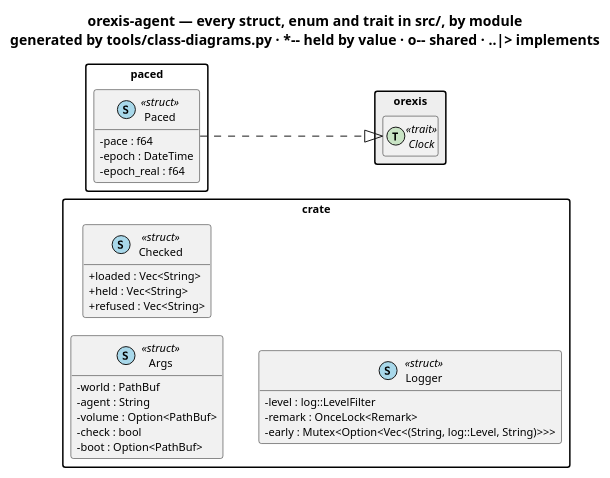
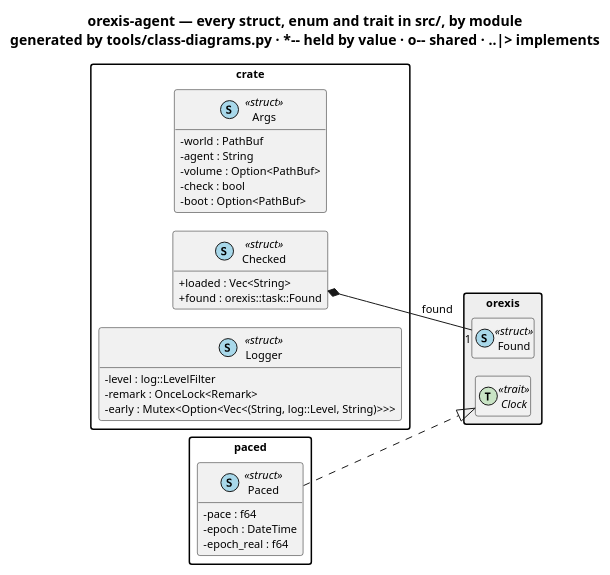
One commit to ShishkinDmitriy/orexis changed the diagram in knowledge/diagrams/package-orexis-agent.puml. Above: the diagram before and after it, drawn with PlantUML. The commit also changed 22 other files, not shown here.

```diff
--- a/knowledge/diagrams/package-orexis-agent.puml
+++ b/knowledge/diagrams/package-orexis-agent.puml
@@ -1,43 +1,44 @@
 @startuml package-orexis-agent
 !pragma layout smetana
 title orexis-agent — every struct, enum and trait in src/, by module\ngenerated by tools/class-diagrams.py · ~*~-~- held by value · o~-~- shared · ..|> implements
 skinparam shadowing false
 skinparam classAttributeIconSize 0
 skinparam defaultFontSize 11
 skinparam packageStyle rectangle
 hide empty members
 left to right direction
 
 package "(crate)" {
   class "Args" as orexis_agent___crate___Args << (S,#A8D8EA) struct >> {
     {field} -world : PathBuf
     {field} -agent : String
     {field} -volume : Option<PathBuf>
     {field} -check : bool
     {field} -boot : Option<PathBuf>
   }
   class "Checked" as orexis_agent___crate___Checked << (S,#A8D8EA) struct >> {
     {field} +loaded : Vec<String>
-    {field} +held : Vec<String>
-    {field} +refused : Vec<String>
+    {field} +found : orexis::task::Found
   }
   class "Logger" as orexis_agent___crate___Logger << (S,#A8D8EA) struct >> {
     {field} -level : log::LevelFilter
     {field} -remark : OnceLock<Remark>
     {field} -early : Mutex<Option<Vec<(String, log::Level, String)>>>
   }
 }
 package "paced" {
   class "Paced" as orexis_agent__paced__Paced << (S,#A8D8EA) struct >> {
     {field} -pace : f64
     {field} -epoch : DateTime
     {field} -epoch_real : f64
   }
 }
 
 package "orexis" #EEEEEE {
   interface "Clock" as orexis__clock__Clock << (T,#C9E4C5) trait >>
+  class "Found" as orexis__task__provided__Found << (S,#A8D8EA) struct >>
 }
 
+orexis_agent___crate___Checked *-- "1" orexis__task__provided__Found : found
 orexis_agent__paced__Paced ..|> orexis__clock__Clock
 @enduml
```
